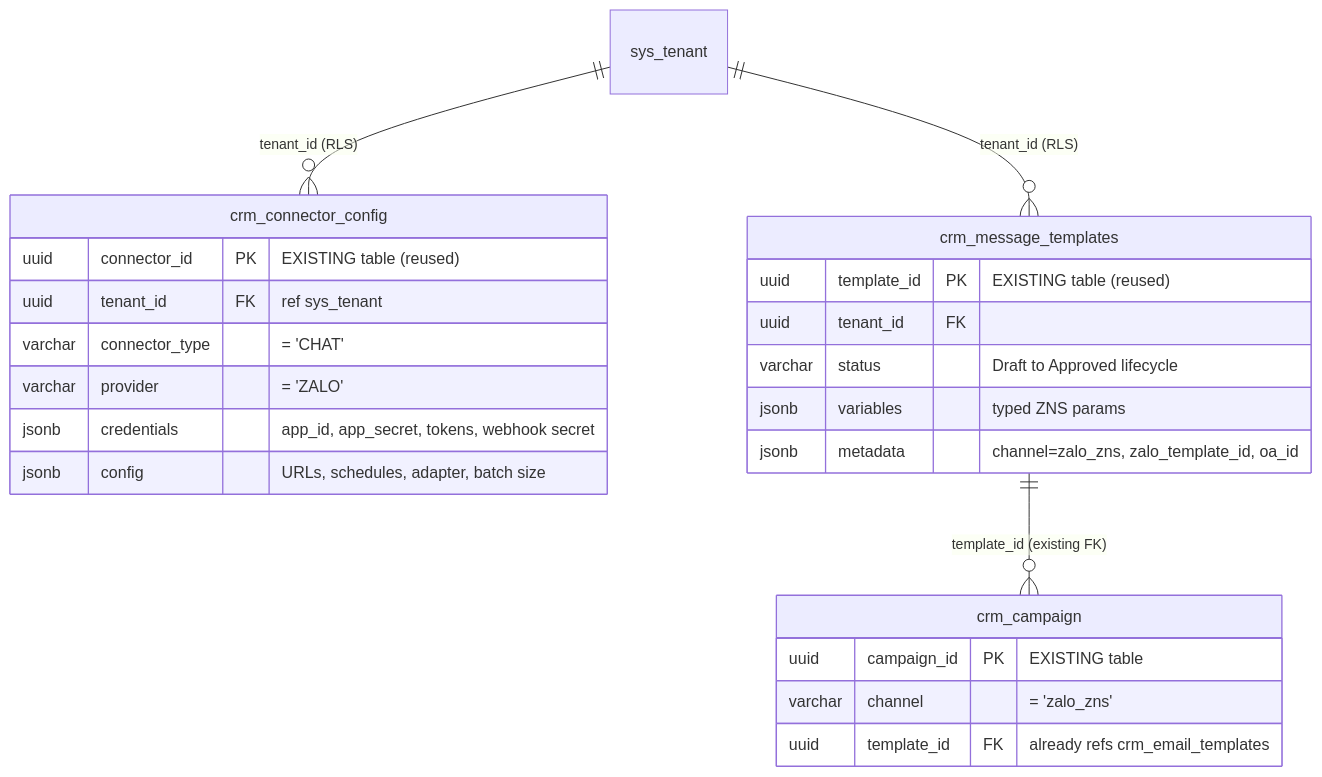
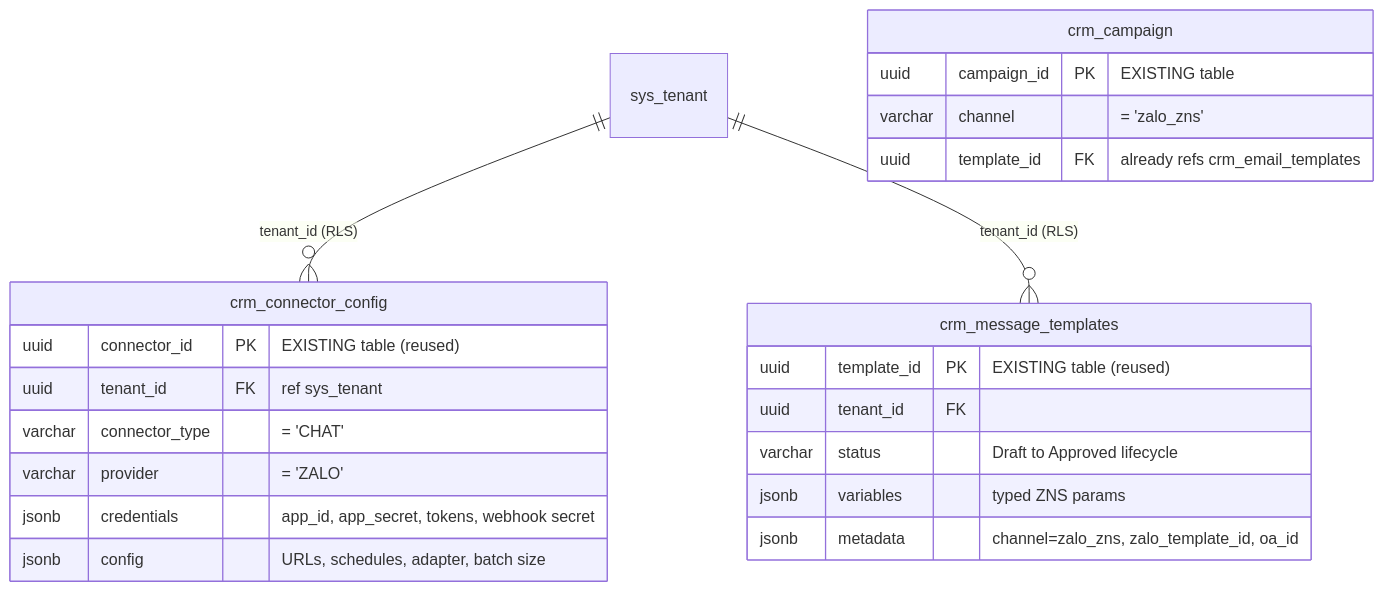
The second of 3 diagrams in docs/action-plans/PLAN-ZALO-ZNS-OPTIMIZED.md (LEO-CDP/leo-customer360), drawn with Mermaid before and after one commit. The commit also changed other lines of this file and 60 other files, not shown here.

First line of the commit message:
Refactor email marketing flow and campaign structure

````diff
--- a/docs/action-plans/PLAN-ZALO-ZNS-OPTIMIZED.md
+++ b/docs/action-plans/PLAN-ZALO-ZNS-OPTIMIZED.md
@@ -106,27 +110,26 @@
 ```mermaid
 erDiagram
     sys_tenant ||--o{ crm_connector_config : "tenant_id (RLS)"
     sys_tenant ||--o{ crm_message_templates : "tenant_id (RLS)"
-    crm_message_templates ||--o{ crm_campaign : "template_id (existing FK)"
 
     crm_connector_config {
         uuid connector_id PK "EXISTING table (reused)"
         uuid tenant_id FK "ref sys_tenant"
         varchar connector_type "= 'CHAT'"
         varchar provider "= 'ZALO'"
         jsonb credentials "app_id, app_secret, tokens, webhook secret"
         jsonb config "URLs, schedules, adapter, batch size"
     }
     crm_message_templates {
         uuid template_id PK "EXISTING table (reused)"
         uuid tenant_id FK
         varchar status "Draft to Approved lifecycle"
         jsonb variables "typed ZNS params"
         jsonb metadata "channel=zalo_zns, zalo_template_id, oa_id"
     }
     crm_campaign {
         uuid campaign_id PK "EXISTING table"
         varchar channel "= 'zalo_zns'"
         uuid template_id FK "already refs crm_email_templates"
     }
 ```
````
